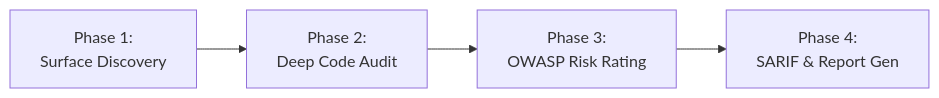
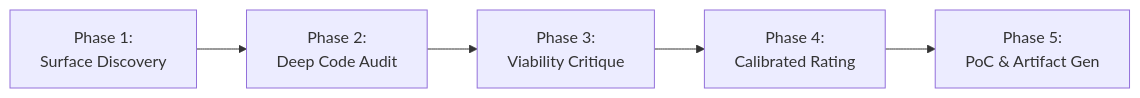
One commit to brunoez/skills-prompts changed the diagram in skills/appsec-auditor/SKILL.md. Above: the diagram before and after it, drawn with Mermaid. The commit also changed other lines of this file and 14 other files, not shown here.

````diff
--- a/skills/appsec-auditor/SKILL.md
+++ b/skills/appsec-auditor/SKILL.md
@@ -34,6 +34,7 @@
 ```mermaid
 flowchart LR
     P1["Phase 1:<br/>Surface Discovery"] --> P2["Phase 2:<br/>Deep Code Audit"]
-    P2 --> P3["Phase 3:<br/>OWASP Risk Rating"]
-    P3 --> P4["Phase 4:<br/>SARIF & Report Gen"]
+    P2 --> P3["Phase 3:<br/>Viability Critique"]
+    P3 --> P4["Phase 4:<br/>Calibrated Rating"]
+    P4 --> P5["Phase 5:<br/>PoC & Artifact Gen"]
 ```
````
